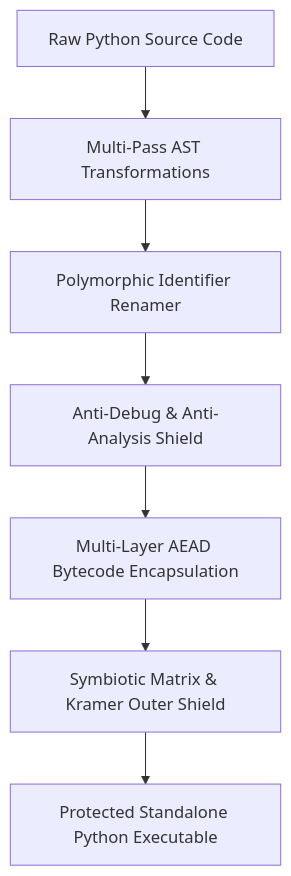
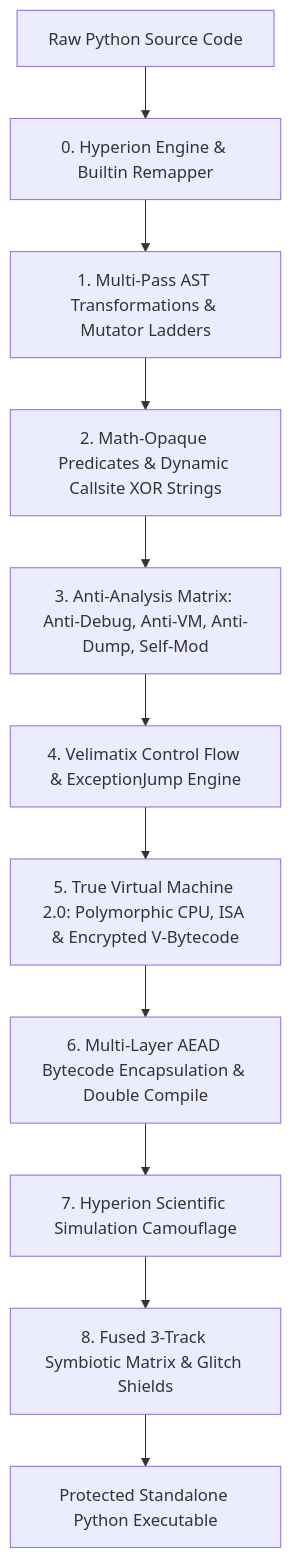
The diagram in README.md (Tr0ngX/Tr0ngX-Ultimate-AST-Obfuscator), drawn with Mermaid before and after one commit. The commit also changed other lines of this file and 1 other file, not shown here.

Commit message:
docs: synchronize --help, README.md and AGENTS.md with TVM 2.0 and new defense layers

````diff
--- a/README.md
+++ b/README.md
@@ -27,9 +27,13 @@
 ```mermaid
 graph TD
-    Source[Raw Python Source Code] --> AST[Multi-Pass AST Transformations]
-    AST --> Renaming[Polymorphic Identifier Renamer]
-    Renaming --> Protection[Anti-Debug & Anti-Analysis Shield]
-    Protection --> Compilation[Multi-Layer AEAD Bytecode Encapsulation]
-    Compilation --> Shield[Symbiotic Matrix & Kramer Outer Shield]
+    Source[Raw Python Source Code] --> Hyperion[0. Hyperion Engine & Builtin Remapper]
+    Hyperion --> AST[1. Multi-Pass AST Transformations & Mutator Ladders]
+    AST --> Opaque[2. Math-Opaque Predicates & Dynamic Callsite XOR Strings]
+    Opaque --> Protection[3. Anti-Analysis Matrix: Anti-Debug, Anti-VM, Anti-Dump, Self-Mod]
+    Protection --> Velimatix[4. Velimatix Control Flow & ExceptionJump Engine]
+    Velimatix --> TVM[5. True Virtual Machine 2.0: Polymorphic CPU, ISA & Encrypted V-Bytecode]
+    TVM --> Compilation[6. Multi-Layer AEAD Bytecode Encapsulation & Double Compile]
+    Compilation --> Camouflage[7. Hyperion Scientific Simulation Camouflage]
+    Camouflage --> Shield[8. Fused 3-Track Symbiotic Matrix & Glitch Shields]
     Shield --> Output[Protected Standalone Python Executable]
 ```
````
